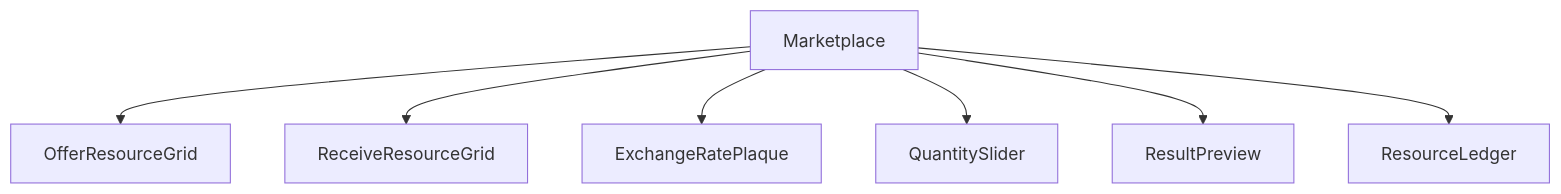
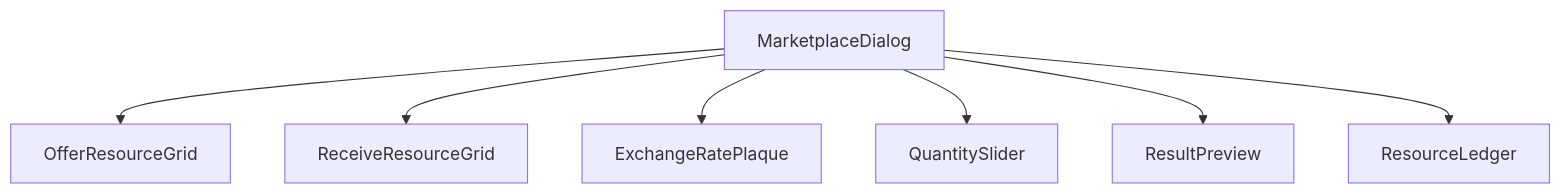
Before and after one commit to SunaNoOshiro/Heroes_Reforged_AI_Realms: the first of 5 diagrams in docs/architecture/wiki/screens/26-marketplace/architecture.md, drawn with Mermaid. The commit also changed other lines of this file and 518 other files, not shown here.

First line of the commit message:
Add doc-audit skill and sweep architecture/screen docs

````diff
--- a/docs/architecture/wiki/screens/26-marketplace/architecture.md
+++ b/docs/architecture/wiki/screens/26-marketplace/architecture.md
@@ -16,16 +19,16 @@
 ```mermaid
 flowchart TD
-  Root["Marketplace"]
+  Root["MarketplaceDialog"]
   C0["OfferResourceGrid"]
   Root --> C0
   C1["ReceiveResourceGrid"]
   Root --> C1
   C2["ExchangeRatePlaque"]
   Root --> C2
   C3["QuantitySlider"]
   Root --> C3
   C4["ResultPreview"]
   Root --> C4
   C5["ResourceLedger"]
   Root --> C5
 ```
````
